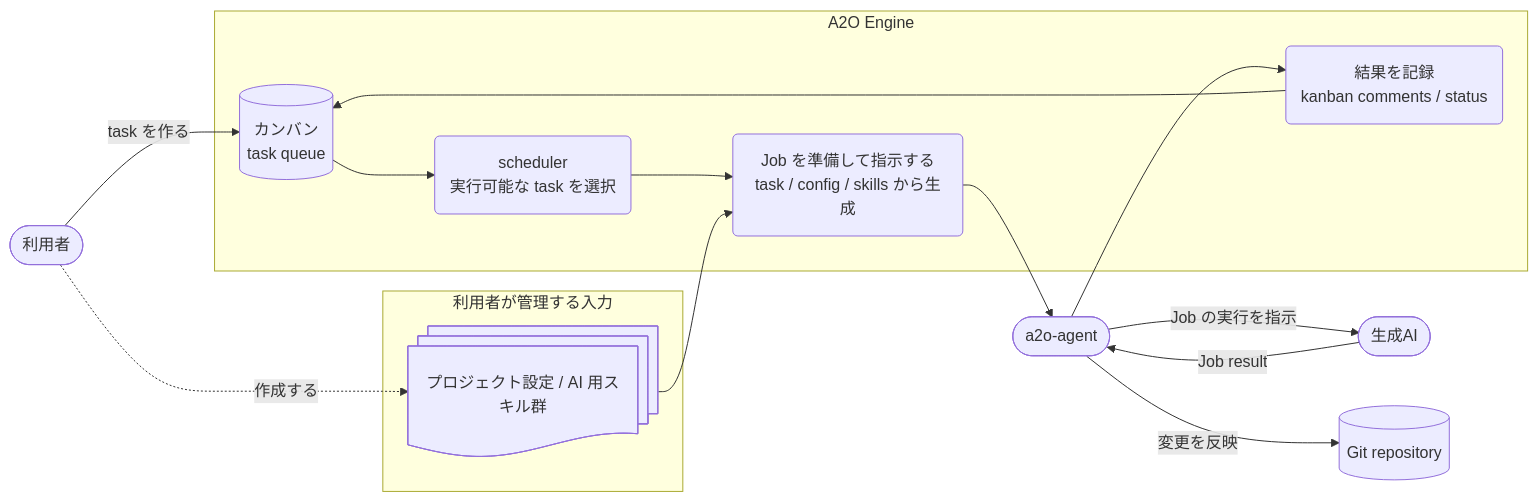
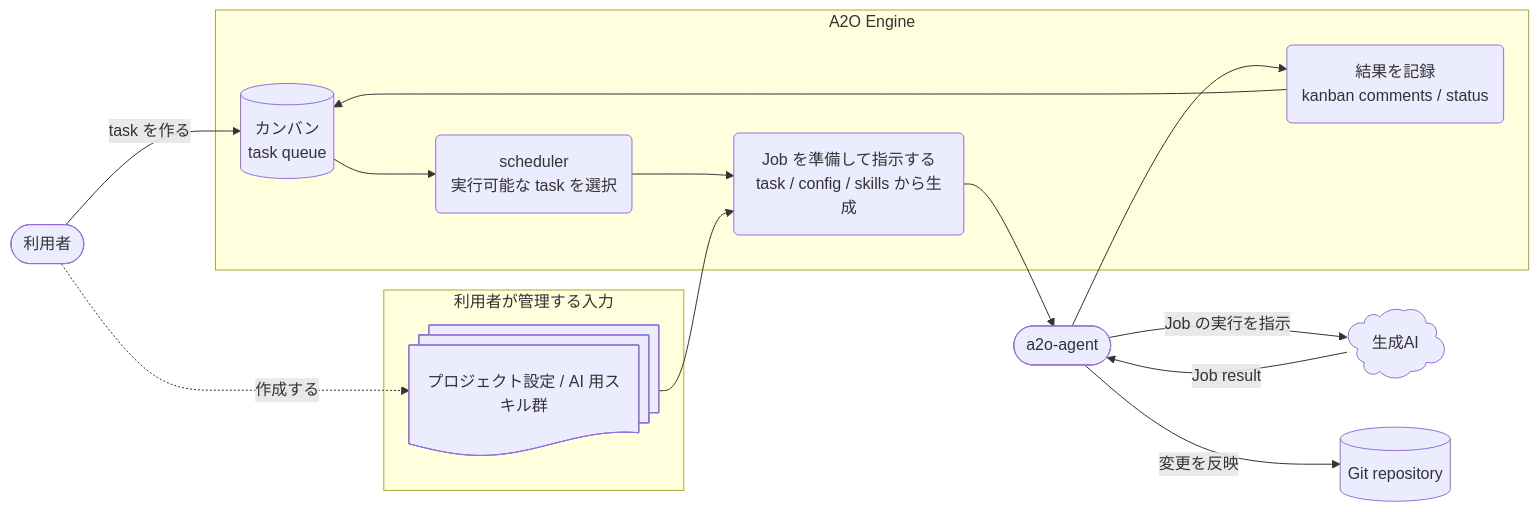
The diagram in docs/ja/dev/00-design-map.md (wamukat/a2o), drawn with Mermaid before and after one commit. The commit also changed 1 other file, not shown here.

Commit message:
A2O#89 Apply Mermaid shape syntax to all nodes

````diff
--- a/docs/ja/dev/00-design-map.md
+++ b/docs/ja/dev/00-design-map.md
@@ -14,31 +14,31 @@
 ```mermaid
 flowchart LR
-  User([利用者])
-  Agent([a2o-agent])
-  AI([生成AI])
+  User@{ shape: stadium, label: "利用者" }
+  Agent@{ shape: stadium, label: "a2o-agent" }
+  AI@{ shape: cloud, label: "生成AI" }
 
   subgraph Inputs["利用者が管理する入力"]
     ProjectInputs@{ shape: docs, label: "プロジェクト設定 / AI 用スキル群" }
   end
 
   subgraph Engine["A2O Engine"]
-    Kanban[(カンバン\ntask queue)]
-    Scheduler(scheduler\n実行可能な task を選択)
-    Prepare(Job を準備して指示する\ntask / config / skills から生成)
-    Report(結果を記録\nkanban comments / status)
+    Kanban@{ shape: cyl, label: "カンバン\ntask queue" }
+    Scheduler@{ shape: rounded, label: "scheduler\n実行可能な task を選択" }
+    Prepare@{ shape: rounded, label: "Job を準備して指示する\ntask / config / skills から生成" }
+    Report@{ shape: rounded, label: "結果を記録\nkanban comments / status" }
   end
 
-  Repository[(Git repository)]
+  Repository@{ shape: cyl, label: "Git repository" }
 
   User -->|"task を作る"| Kanban
   User -.->|"作成する"| ProjectInputs
   Kanban --> Scheduler
   Scheduler --> Prepare
   ProjectInputs --> Prepare
   Prepare --> Agent
   Agent -->|"Job の実行を指示"| AI
   AI -->|"Job result"| Agent
   Agent -->|"変更を反映"| Repository
   Agent --> Report
   Report --> Kanban
 ```
````
